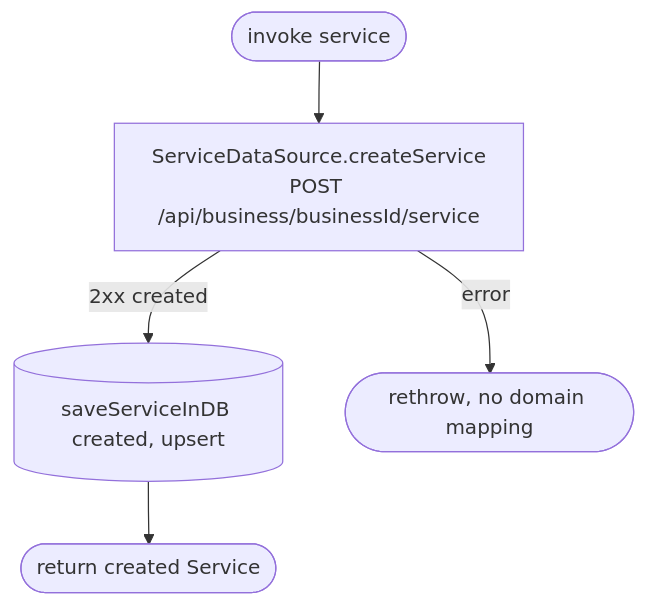
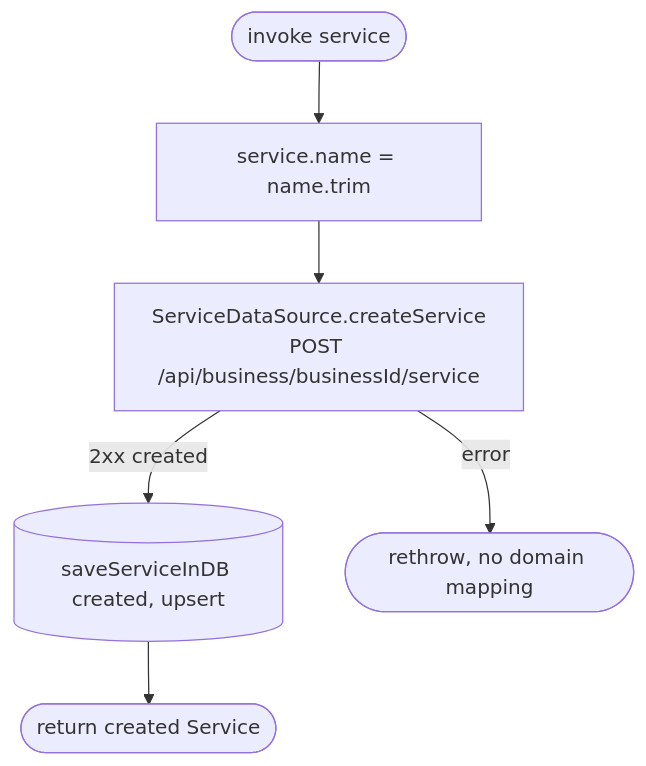
The diagram in docs/operations/services/create-service.md (nocturneproperties/bookkme-client), drawn with Mermaid before and after one commit. The commit also changed other lines of this file and 39 other files, not shown here.

````diff
--- a/docs/operations/services/create-service.md
+++ b/docs/operations/services/create-service.md
@@ -8,7 +10,8 @@
 ```mermaid
 flowchart TD
-    Start([invoke service]) --> Net[ServiceDataSource.createService<br/>POST /api/business/businessId/service]
+    Start([invoke service]) --> Trim[service.name = name.trim]
+    Trim --> Net[ServiceDataSource.createService<br/>POST /api/business/businessId/service]
     Net -- 2xx created --> Save[(saveServiceInDB created, upsert)]
     Save --> R([return created Service])
     Net -- error --> EX([rethrow, no domain mapping])
 ```
````
